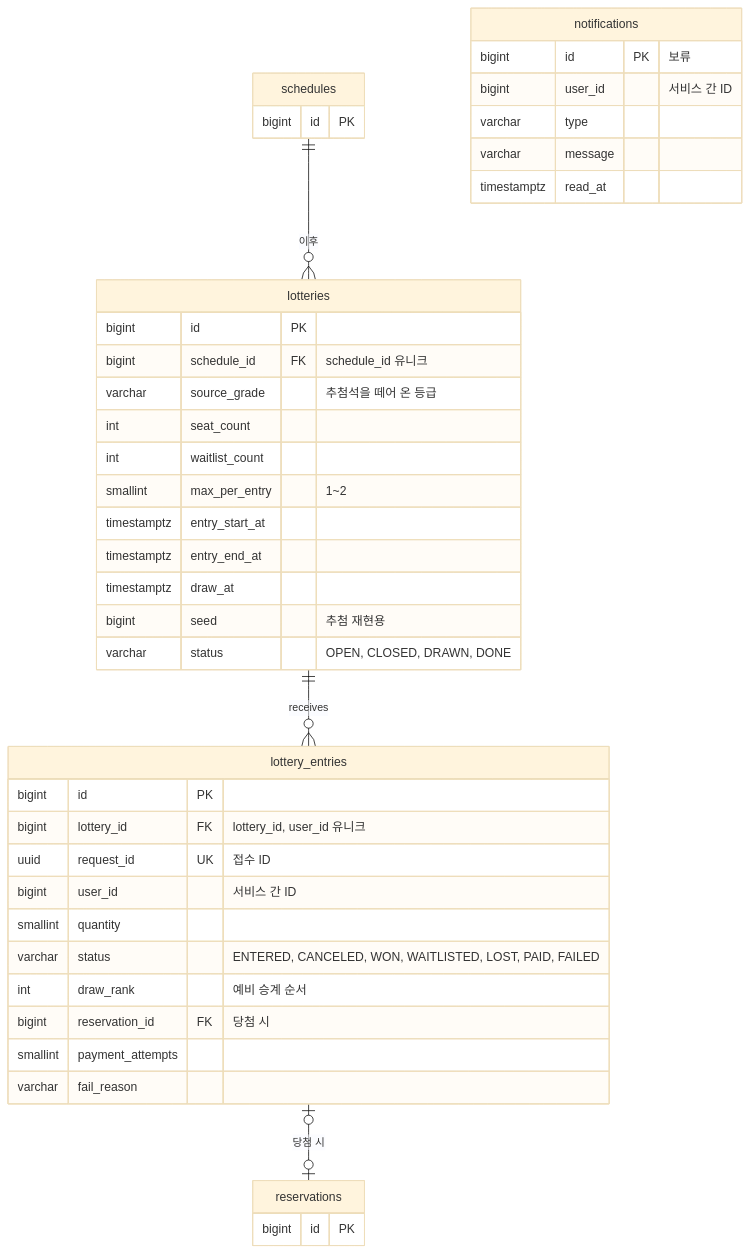
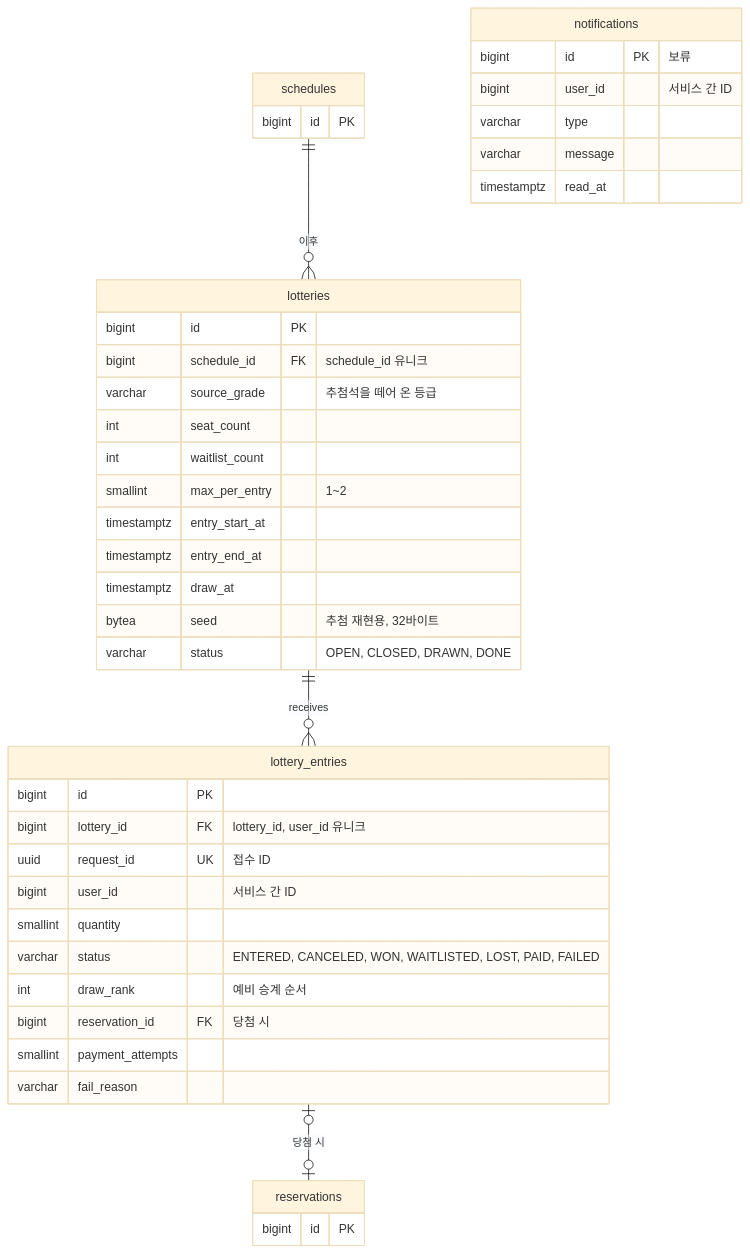
Before and after one commit to iseonjwa/high-quality-ticketing-system: the seventh of 9 diagrams in docs/core/SA MASTER.md, drawn with Mermaid (base theme). The commit also changed other lines of this file and 1 other file, not shown here.

````diff
--- a/docs/core/SA MASTER.md
+++ b/docs/core/SA MASTER.md
@@ -1586,45 +1596,45 @@
 ```mermaid
 erDiagram
   schedules ||--o{ lotteries : "이후"
   lotteries ||--o{ lottery_entries : receives
   lottery_entries |o--o| reservations : "당첨 시"
 
   schedules {
     bigint id PK
   }
   reservations {
     bigint id PK
   }
   lotteries {
     bigint id PK
     bigint schedule_id FK "schedule_id 유니크"
     varchar source_grade "추첨석을 떼어 온 등급"
     int seat_count
     int waitlist_count
     smallint max_per_entry "1~2"
     timestamptz entry_start_at
     timestamptz entry_end_at
     timestamptz draw_at
-    bigint seed "추첨 재현용"
+    bytea seed "추첨 재현용, 32바이트"
     varchar status "OPEN, CLOSED, DRAWN, DONE"
   }
   lottery_entries {
     bigint id PK
     bigint lottery_id FK "lottery_id, user_id 유니크"
     uuid request_id UK "접수 ID"
     bigint user_id "서비스 간 ID"
     smallint quantity
     varchar status "ENTERED, CANCELED, WON, WAITLISTED, LOST, PAID, FAILED"
     int draw_rank "예비 승계 순서"
     bigint reservation_id FK "당첨 시"
     smallint payment_attempts
     varchar fail_reason
   }
   notifications {
     bigint id PK "보류"
     bigint user_id "서비스 간 ID"
     varchar type
     varchar message
     timestamptz read_at
   }
 ```
````
